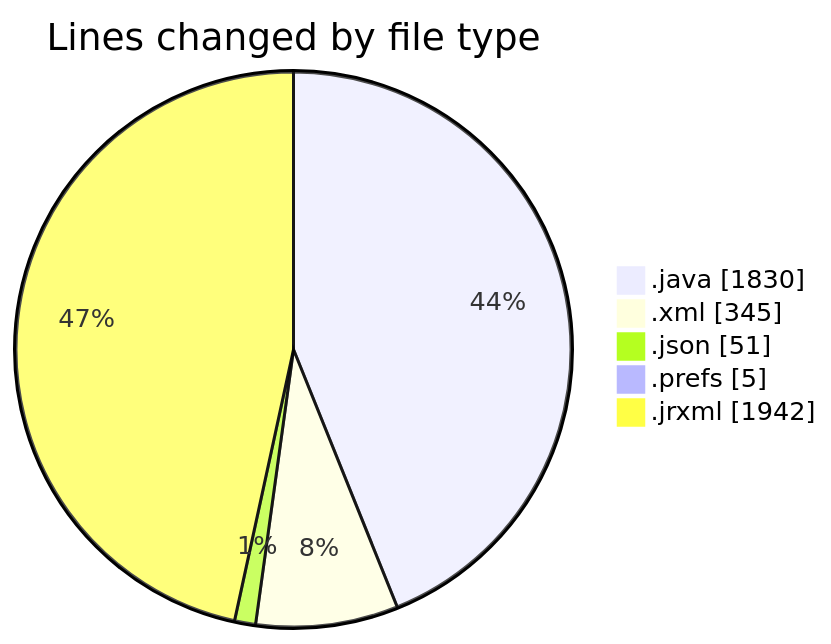
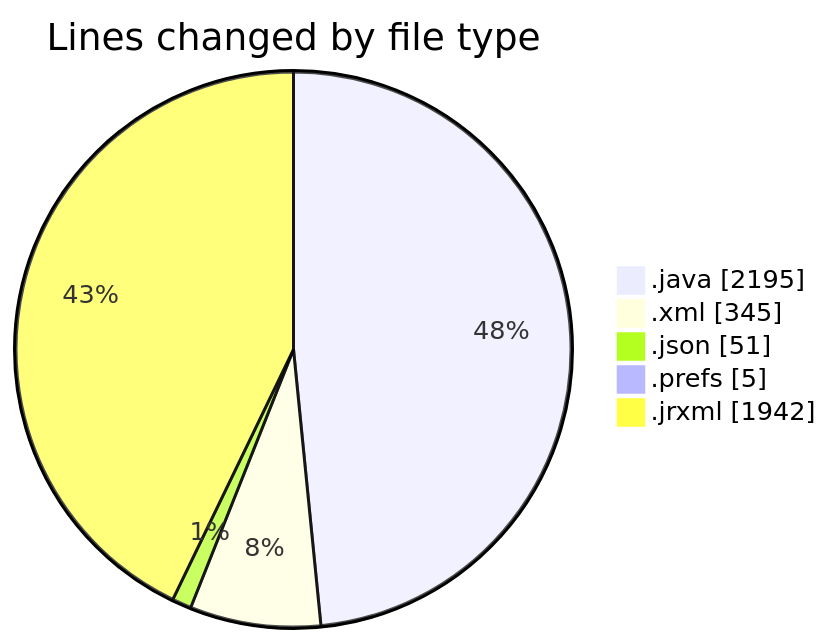
The first of 2 diagrams in 2026-10-01/cilreports__workspace_/README.md (ricardozamudiocil/code-tracking), drawn with Mermaid before and after one commit. The commit also changed other lines of this file and 1 other file, not shown here.

````diff
--- a/2026-10-01/cilreports__workspace_/README.md
+++ b/2026-10-01/cilreports__workspace_/README.md
@@ -25,9 +26,9 @@
 ```mermaid
 pie showData
 title Lines changed by file type
-".java" : 1830
+".java" : 2195
 ".xml" : 345
 ".json" : 51
 ".prefs" : 5
 ".jrxml" : 1942
 ```
````
